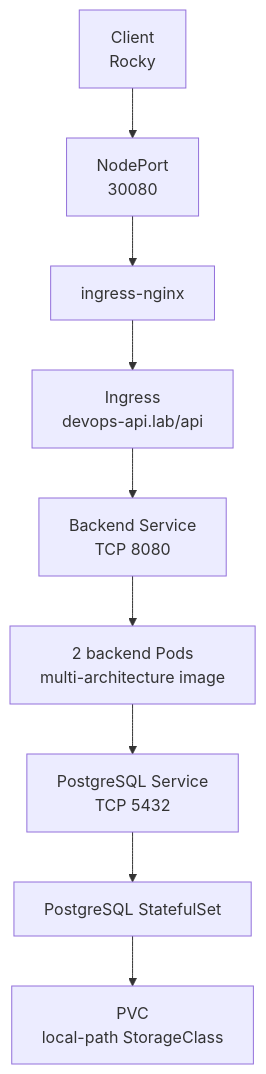
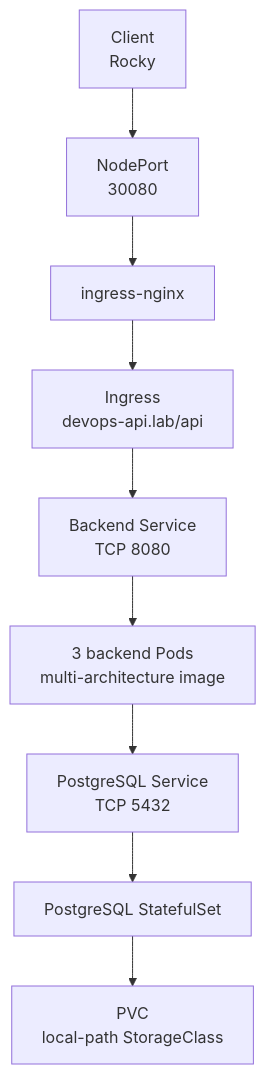
One commit to limonne/devops-api-stack changed the diagram in kubernetes/devops-api-stack/README.md. Above: the diagram before and after it, drawn with Mermaid. The commit also changed other lines of this file and 5 other files, not shown here.

````diff
--- a/kubernetes/devops-api-stack/README.md
+++ b/kubernetes/devops-api-stack/README.md
@@ -12,11 +12,11 @@
 ```mermaid
 flowchart TD
     Client["Client<br/>Rocky"] --> NodePort["NodePort<br/>30080"]
     NodePort --> Controller["ingress-nginx"]
     Controller --> Ingress["Ingress<br/>devops-api.lab/api"]
     Ingress --> BackendService["Backend Service<br/>TCP 8080"]
-    BackendService --> BackendPods["2 backend Pods<br/>multi-architecture image"]
+    BackendService --> BackendPods["3 backend Pods<br/>multi-architecture image"]
     BackendPods --> PostgresService["PostgreSQL Service<br/>TCP 5432"]
     PostgresService --> Postgres["PostgreSQL StatefulSet"]
     Postgres --> Storage["PVC<br/>local-path StorageClass"]
 ```
````
